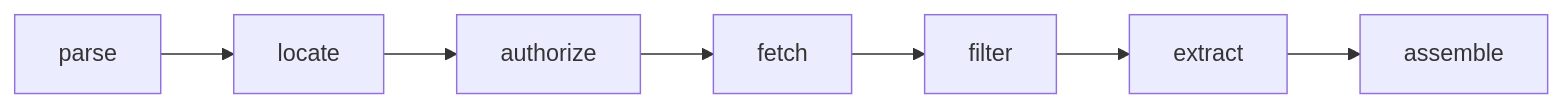
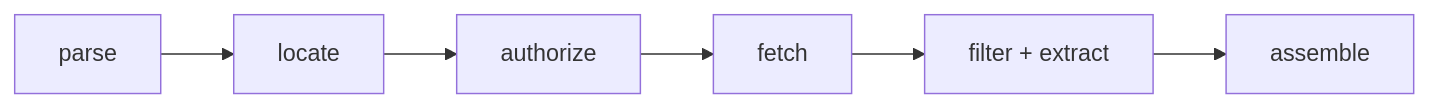
One commit to jmanuelc87/scorekeeper changed the diagram in docs/retrieval-pipeline.md. Above: the diagram before and after it, drawn with Mermaid. The commit also changed other lines of this file and 35 other files, not shown here.

First line of the commit message:
Add retrieval fetch/extract/assemble stages and Celery orchestrator

````diff
--- a/docs/retrieval-pipeline.md
+++ b/docs/retrieval-pipeline.md
@@ -36,5 +36,5 @@
 ```mermaid
 flowchart LR
     parse[parse] --> locate[locate] --> auth[authorize] --> fetch[fetch]
-    fetch --> filter[filter] --> extract[extract] --> assemble[assemble]
+    fetch --> extract["filter + extract"] --> assemble[assemble]
 ```
````
